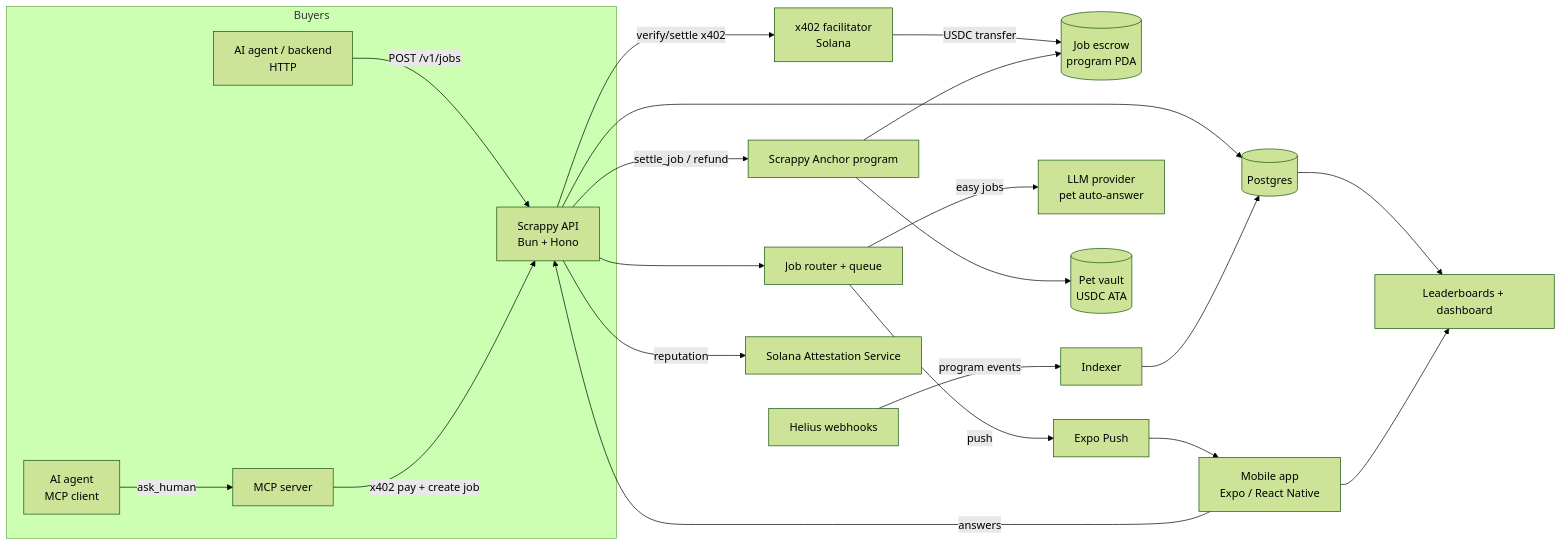
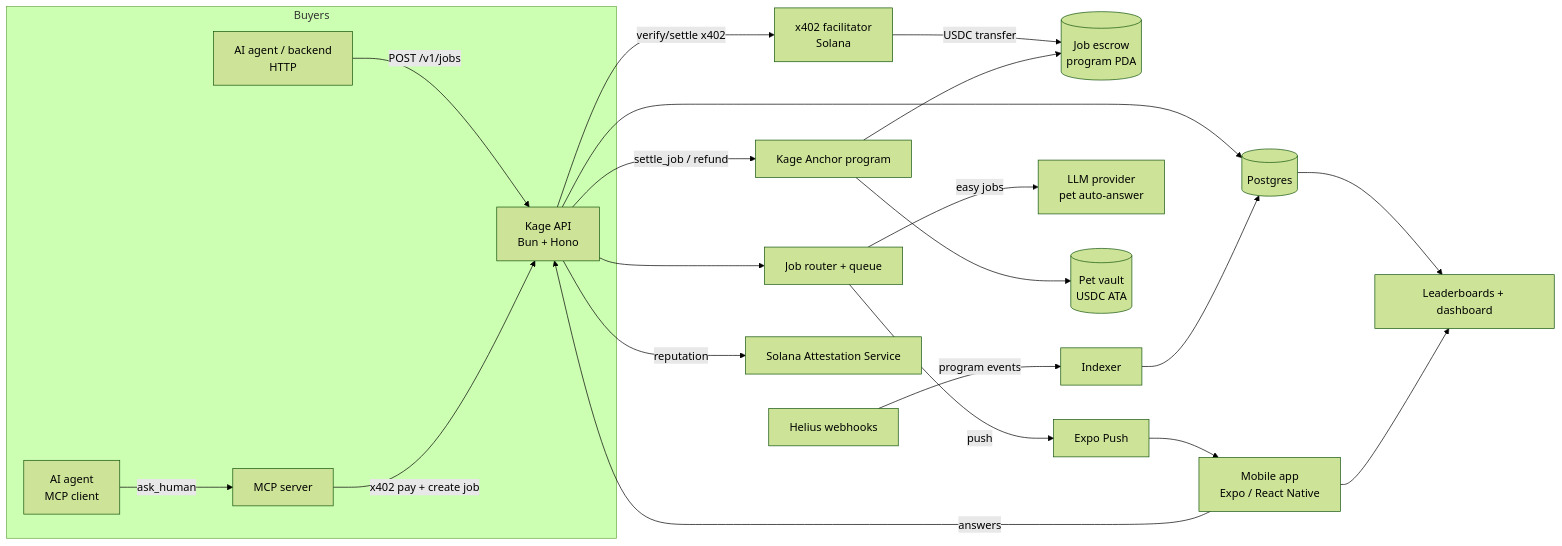
Before and after one commit to Venkat5599/Gameboy: the first of 3 diagrams in docs/ARCHITECTURE.md, drawn with Mermaid (forest theme). The commit also changed other lines of this file and 104 other files, not shown here.

````diff
--- a/docs/ARCHITECTURE.md
+++ b/docs/ARCHITECTURE.md
@@ -10,24 +10,24 @@
 ```mermaid
 flowchart LR
   subgraph Buyers
     A1[AI agent<br/>MCP client] -->|ask_human| MCP[MCP server]
     A2[AI agent / backend<br/>HTTP] -->|POST /v1/jobs| API
   end
-  MCP -->|x402 pay + create job| API[Scrappy API<br/>Bun + Hono]
+  MCP -->|x402 pay + create job| API[Kage API<br/>Bun + Hono]
   API -->|verify/settle x402| FAC[x402 facilitator<br/>Solana]
   FAC -->|USDC transfer| ESC[(Job escrow<br/>program PDA)]
   API --> DB[(Postgres)]
   API --> Q[Job router + queue]
   Q -->|push| PUSH[Expo Push]
   PUSH --> APP[Mobile app<br/>Expo / React Native]
   APP -->|answers| API
   Q -->|easy jobs| LLM[LLM provider<br/>pet auto-answer]
-  API -->|settle_job / refund| PROG[Scrappy Anchor program]
+  API -->|settle_job / refund| PROG[Kage Anchor program]
   PROG --> ESC
   PROG --> PV[(Pet vault<br/>USDC ATA)]
   HEL[Helius webhooks] -->|program events| IDX[Indexer]
   IDX --> DB
   DB --> LB[Leaderboards + dashboard]
   APP --> LB
   API -->|reputation| SAS[Solana Attestation Service]
 ```
````
